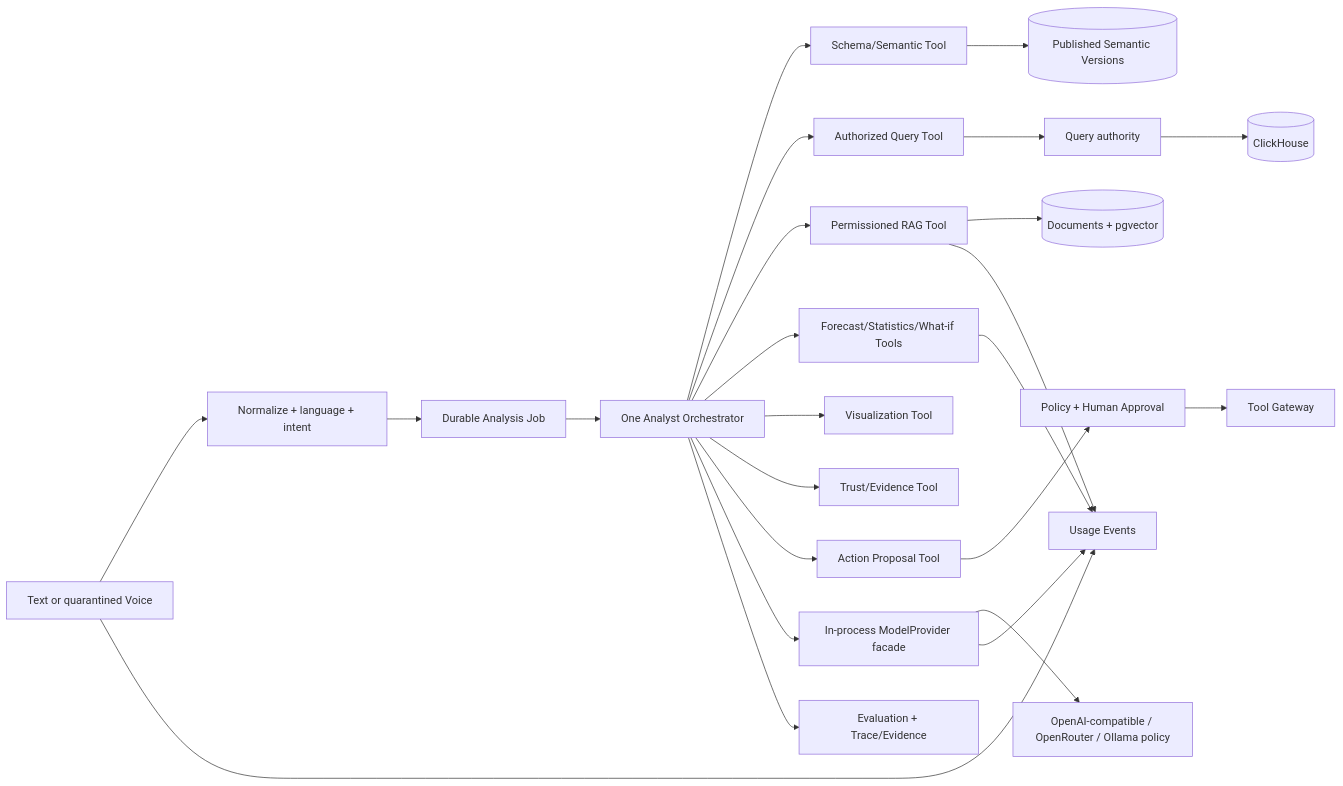
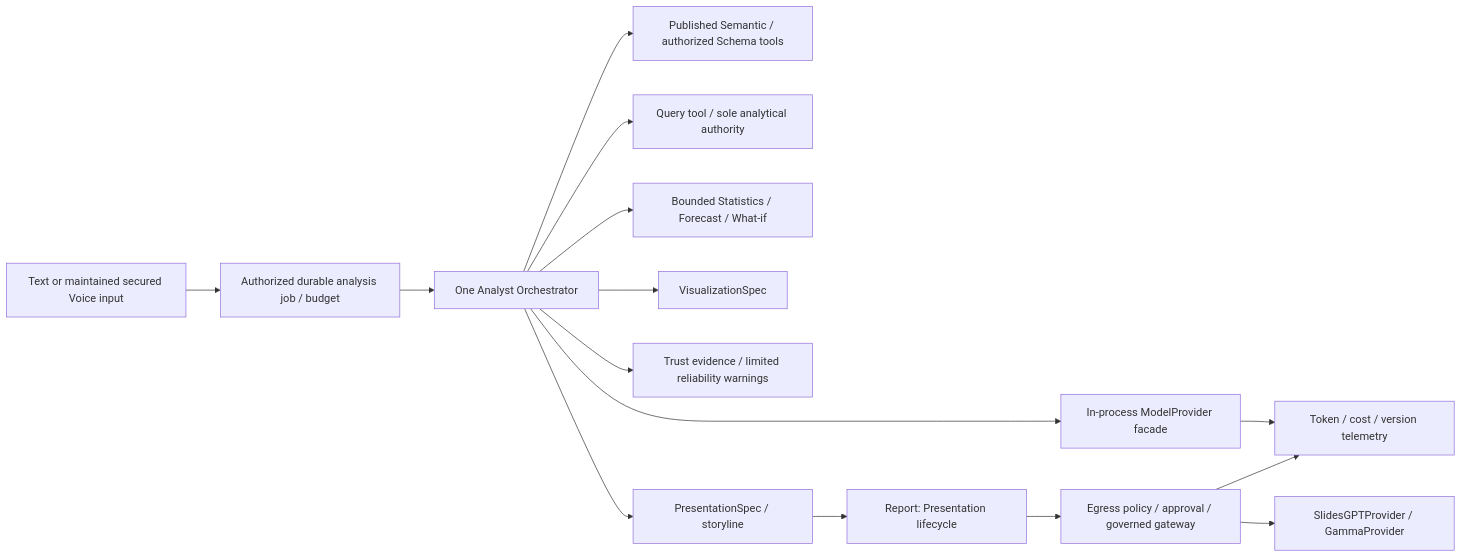
One commit to MassaNasri/BI-Agentic changed the diagram in BIAVORA_PRODUCTION_READINESS_AUDIT/32_CANONICAL_AI_ARCHITECTURE.md. Above: the diagram before and after it, drawn with Mermaid. The commit also changed other lines of this file and 46 other files, not shown here.

````diff
--- a/BIAVORA_PRODUCTION_READINESS_AUDIT/32_CANONICAL_AI_ARCHITECTURE.md
+++ b/BIAVORA_PRODUCTION_READINESS_AUDIT/32_CANONICAL_AI_ARCHITECTURE.md
@@ -11,24 +7,17 @@
 ```mermaid
 flowchart LR
-  IN[Text or quarantined Voice] --> N[Normalize + language + intent]
-  N --> J[Durable Analysis Job]
-  J --> O[One Analyst Orchestrator]
-  O --> ST[Schema/Semantic Tool]
-  O --> QT[Authorized Query Tool]
-  O --> RT[Permissioned RAG Tool]
-  O --> FT[Forecast/Statistics/What-if Tools]
-  O --> VT[Visualization Tool]
-  O --> TT[Trust/Evidence Tool]
-  O --> AT[Action Proposal Tool]
-  O --> MP[In-process ModelProvider facade]
-  ST --> SEM[(Published Semantic Versions)]
-  QT --> Q[Query authority] --> CH[(ClickHouse)]
-  RT --> K[(Documents + pgvector)]
-  AT --> P[Policy + Human Approval] --> G[Tool Gateway]
-  MP --> LLM[OpenAI-compatible / OpenRouter / Ollama policy]
-  MP --> U[Usage Events]
-  IN --> U
-  RT --> U
-  FT --> U
-  O --> E[Evaluation + Trace/Evidence]
+  Input[Text or maintained secured Voice input] --> Job[Authorized durable analysis job / budget]
+  Job --> A[One Analyst Orchestrator]
+  A --> Sem[Published Semantic / authorized Schema tools]
+  A --> Q[Query tool / sole analytical authority]
+  A --> F[Bounded Statistics / Forecast / What-if]
+  A --> V[VisualizationSpec]
+  A --> E[Trust evidence / limited reliability warnings]
+  A --> M[In-process ModelProvider facade]
+  A --> PS[PresentationSpec / storyline]
+  PS --> P[Report: Presentation lifecycle]
+  P --> G[Egress policy / approval / governed gateway]
+  G --> PP[SlidesGPTProvider / GammaProvider]
+  M --> U[Token / cost / version telemetry]
+  G --> U
 ```
````
